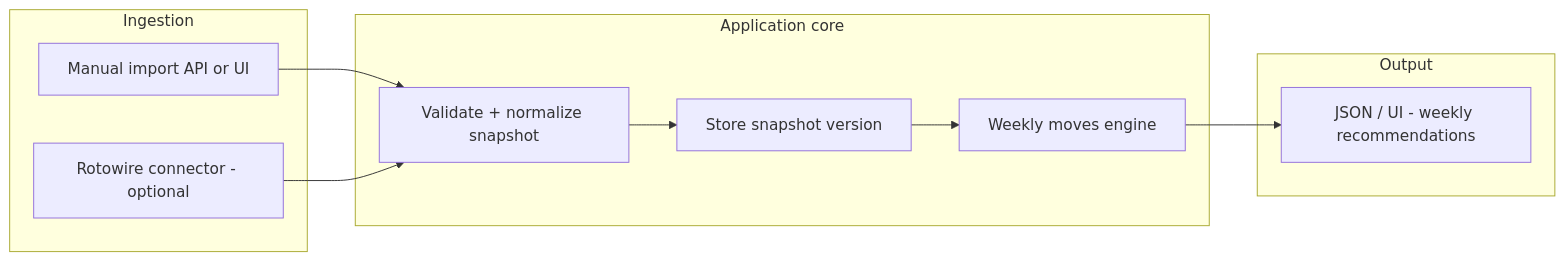
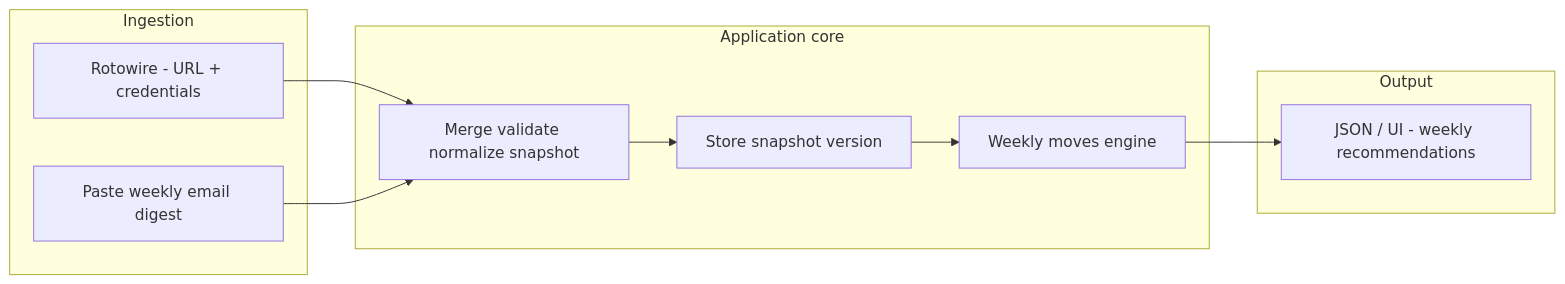
Before and after one commit to sergehb-git/siddfinch: the third of 4 diagrams in plans/sidd-finch-moves.md, drawn with Mermaid. The commit also changed other lines of this file, not shown here.

````diff
--- a/plans/sidd-finch-moves.md
+++ b/plans/sidd-finch-moves.md
@@ -181,23 +197,23 @@
 ```mermaid
 flowchart LR
   subgraph ingest [Ingestion]
-    M[Manual import API or UI]
-    P[Rotowire connector - optional]
+    RW[Rotowire - URL + credentials]
+    EM[Paste weekly email digest]
   end
 
   subgraph core [Application core]
-    V[Validate + normalize snapshot]
+    V[Merge validate normalize snapshot]
     S[Store snapshot version]
     R[Weekly moves engine]
   end
 
   subgraph out [Output]
     API[JSON / UI - weekly recommendations]
   end
 
-  M --> V
-  P --> V
+  RW --> V
+  EM --> V
   V --> S
   S --> R
   R --> API
 ```
````
